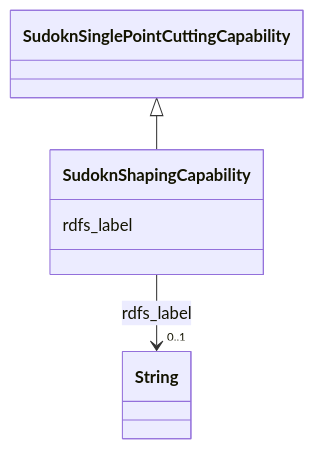
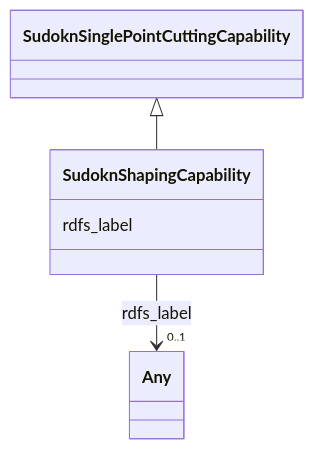
One commit to frink-okn/graph-descriptions changed the diagram in sudokn-kg/classes/SudoknShapingCapability.md. Above: the diagram before and after it, drawn with Mermaid. The commit also changed other lines of this file and 903 other files, not shown here.

````diff
--- a/sudokn-kg/classes/SudoknShapingCapability.md
+++ b/sudokn-kg/classes/SudoknShapingCapability.md
@@ -23,18 +18,18 @@
 ```mermaid
  classDiagram
     class SudoknShapingCapability
     click SudoknShapingCapability href "../SudoknShapingCapability"
       SudoknSinglePointCuttingCapability <|-- SudoknShapingCapability
         click SudoknSinglePointCuttingCapability href "../SudoknSinglePointCuttingCapability"
       
       SudoknShapingCapability : rdfs_label
         
           
     
     
-    SudoknShapingCapability --> "0..1" String : rdfs_label
-    click String href "../String"
+    SudoknShapingCapability --> "0..1" Any : rdfs_label
+    click Any href "../Any"
 
         
       
 ```
````
